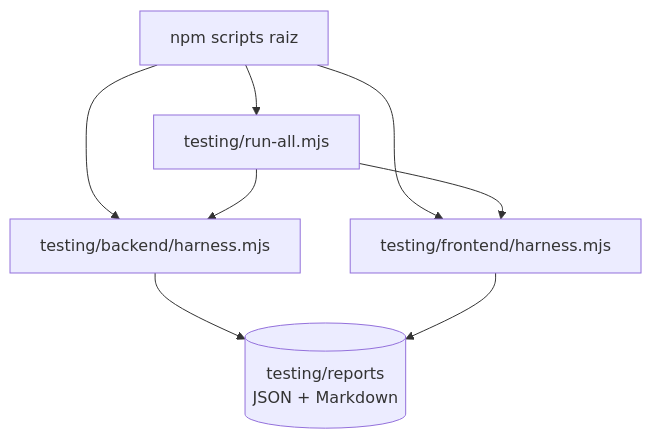
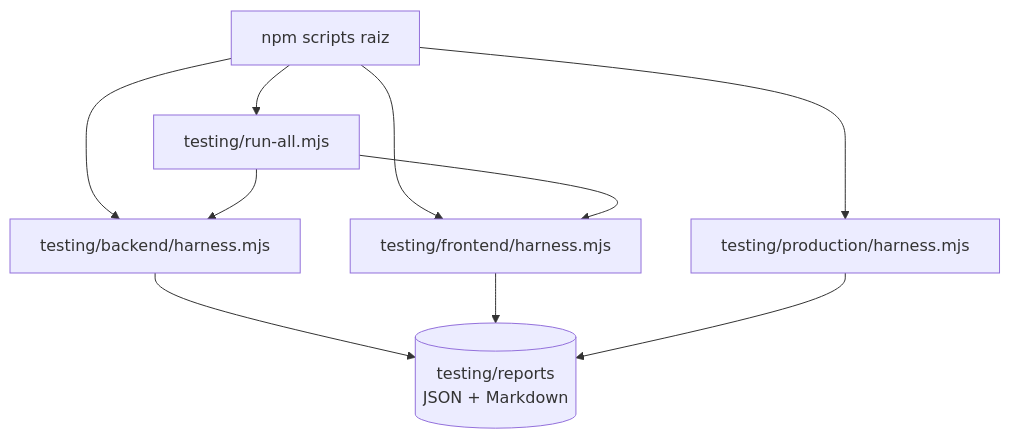
The first of 4 diagrams in docs/testing-harness.md (EmmiSiu/rommag_studio), drawn with Mermaid before and after one commit. The commit also changed other lines of this file and 29 other files, not shown here.

````diff
--- a/docs/testing-harness.md
+++ b/docs/testing-harness.md
@@ -6,16 +6,19 @@
 ```mermaid
 flowchart TB
     root["npm scripts raiz"]
     backend["testing/backend/harness.mjs"]
     frontend["testing/frontend/harness.mjs"]
+    production["testing/production/harness.mjs"]
     all["testing/run-all.mjs"]
     reports[("testing/reports\nJSON + Markdown")]
 
     root --> backend
     root --> frontend
+    root --> production
     root --> all
     all --> backend
     all --> frontend
     backend --> reports
     frontend --> reports
+    production --> reports
 ```
````
